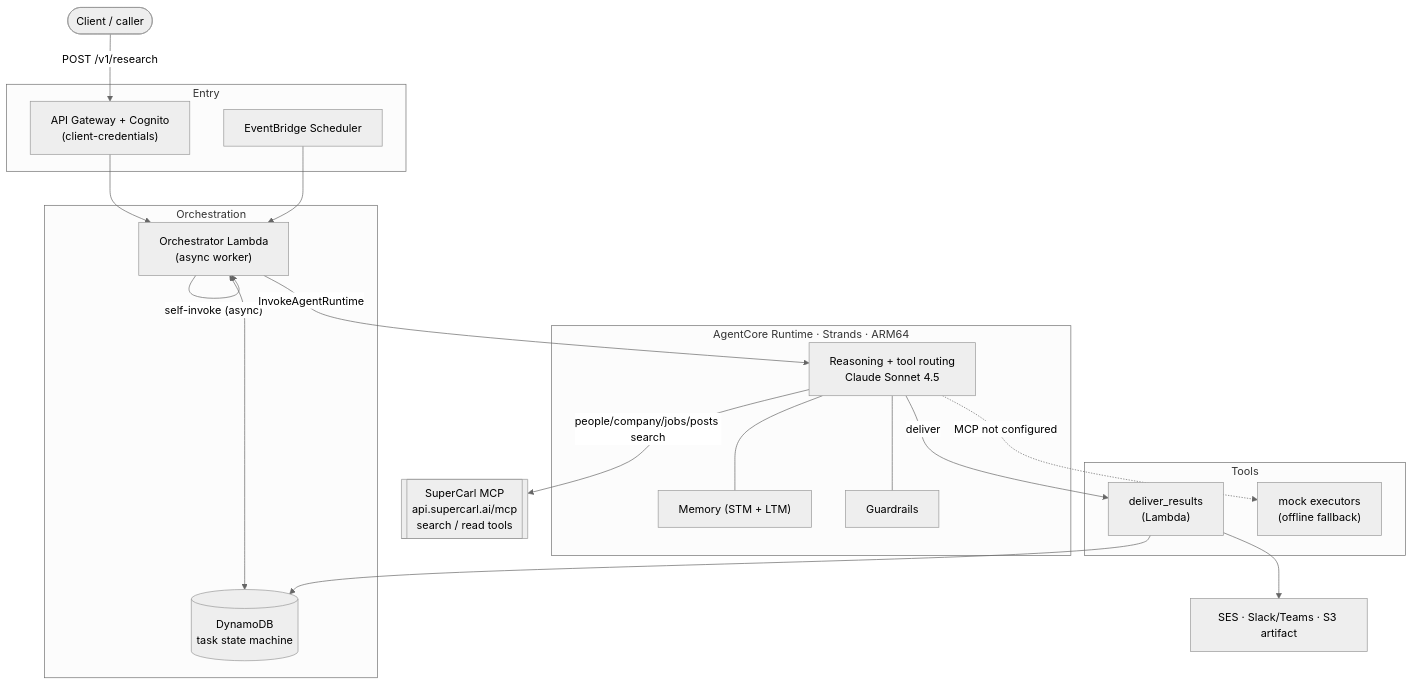
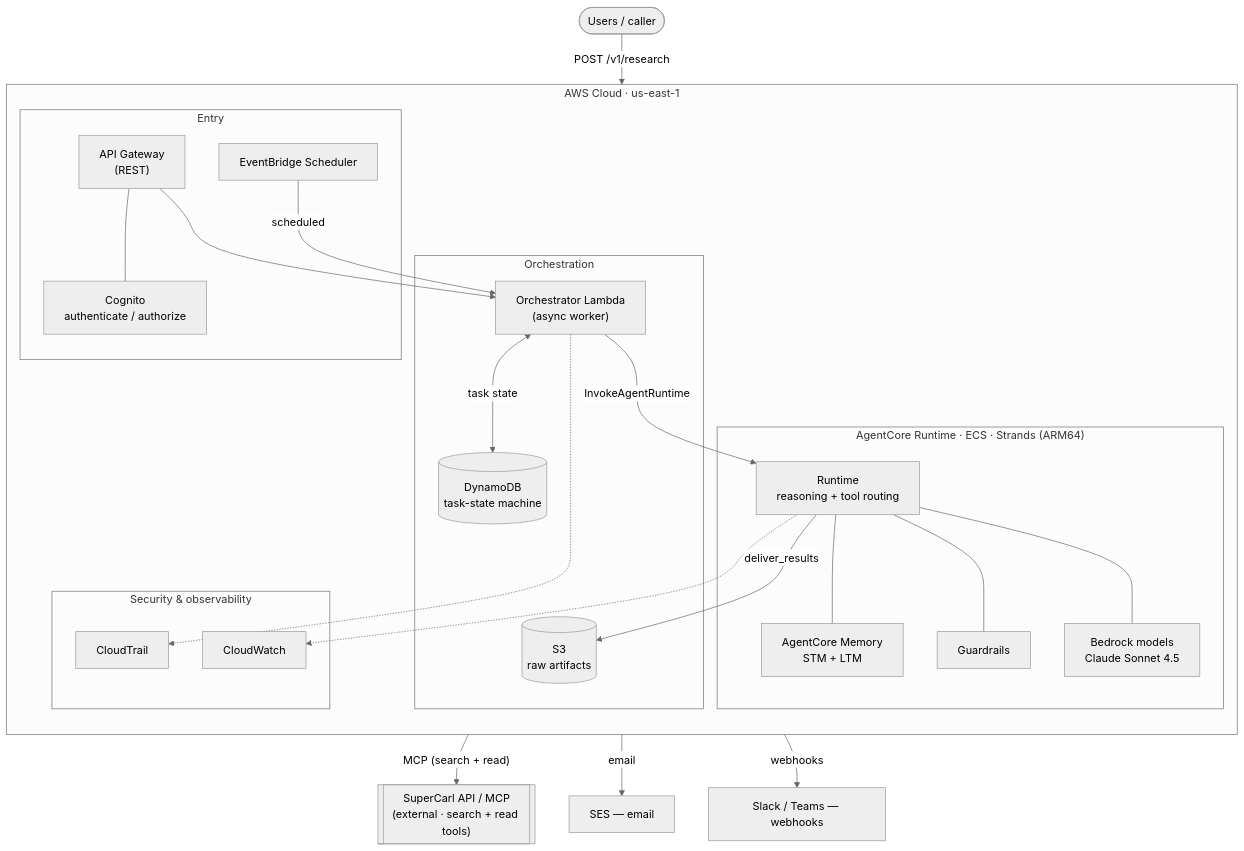
One commit to super-carl/aws-agent-core-infra changed the first of 2 diagrams in README.md. Above: the diagram before and after it, drawn with Mermaid (neutral theme). The commit also changed other lines of this file and 3 other files, not shown here.

First line of the commit message:
docs: use the real AgentCore reference architecture diagram in README

````diff
--- a/README.md
+++ b/README.md
@@ -76,41 +76,47 @@
 ```mermaid
 flowchart TB
-    client([Client / caller])
+    users([Users / caller])
+    scmcp[["SuperCarl API / MCP<br/>(external · search + read tools)"]]
+    ses["SES — email"]
+    slack["Slack / Teams — webhooks"]
 
-    subgraph entry[Entry]
-        apigw["API Gateway + Cognito<br/>(client-credentials)"]
-        sched["EventBridge Scheduler"]
+    subgraph aws["AWS Cloud · us-east-1"]
+        direction TB
+        subgraph entry["Entry"]
+            cognito["Cognito<br/>authenticate / authorize"]
+            apigw["API Gateway<br/>(REST)"]
+            sched["EventBridge Scheduler"]
+        end
+        subgraph orchn["Orchestration"]
+            orch["Orchestrator Lambda<br/>(async worker)"]
+            ddb[("DynamoDB<br/>task-state machine")]
+            s3[("S3<br/>raw artifacts")]
+        end
+        subgraph rt["AgentCore Runtime · ECS · Strands (ARM64)"]
+            reason["Runtime<br/>reasoning + tool routing"]
+            mem["AgentCore Memory<br/>STM + LTM"]
+            guard["Guardrails"]
+            model["Bedrock models<br/>Claude Sonnet 4.5"]
+        end
+        subgraph obs["Security & observability"]
+            ct["CloudTrail"]
+            cw["CloudWatch"]
+        end
     end
 
-    subgraph orchn[Orchestration]
-        orch["Orchestrator Lambda<br/>(async worker)"]
-        ddb[("DynamoDB<br/>task state machine")]
-    end
-
-    subgraph rt["AgentCore Runtime · Strands · ARM64"]
-        reason["Reasoning + tool routing<br/>Claude Sonnet 4.5"]
-        mem["Memory (STM + LTM)"]
-        guard["Guardrails"]
-    end
-
-    subgraph tools[Tools]
-        deliver["deliver_results<br/>(Lambda)"]
-        mockx["mock executors<br/>(offline fallback)"]
-    end
-
-    scmcp[["SuperCarl MCP<br/>api.supercarl.ai/mcp<br/>search / read tools"]]
-    out["SES · Slack/Teams · S3 artifact"]
-
-    client -->|"POST /v1/research"| apigw --> orch
-    sched --> orch
-    orch <--> ddb
-    orch -->|"self-invoke (async)"| orch
+    users -->|"POST /v1/research"| apigw
+    apigw --- cognito
+    sched -->|"scheduled"| orch
+    apigw --> orch
+    orch <-->|"task state"| ddb
     orch -->|"InvokeAgentRuntime"| reason
     reason --- mem
     reason --- guard
-    reason -->|"people/company/jobs/posts search"| scmcp
-    reason -->|"deliver"| deliver
-    reason -. "MCP not configured" .-> mockx
-    deliver --> out
-    deliver --> ddb
+    reason --- model
+    reason -->|"MCP (search + read)"| scmcp
+    reason -->|"deliver_results"| s3
+    reason -->|"email"| ses
+    reason -->|"webhooks"| slack
+    reason -.-> cw
+    orch -.-> ct
 ```
````
